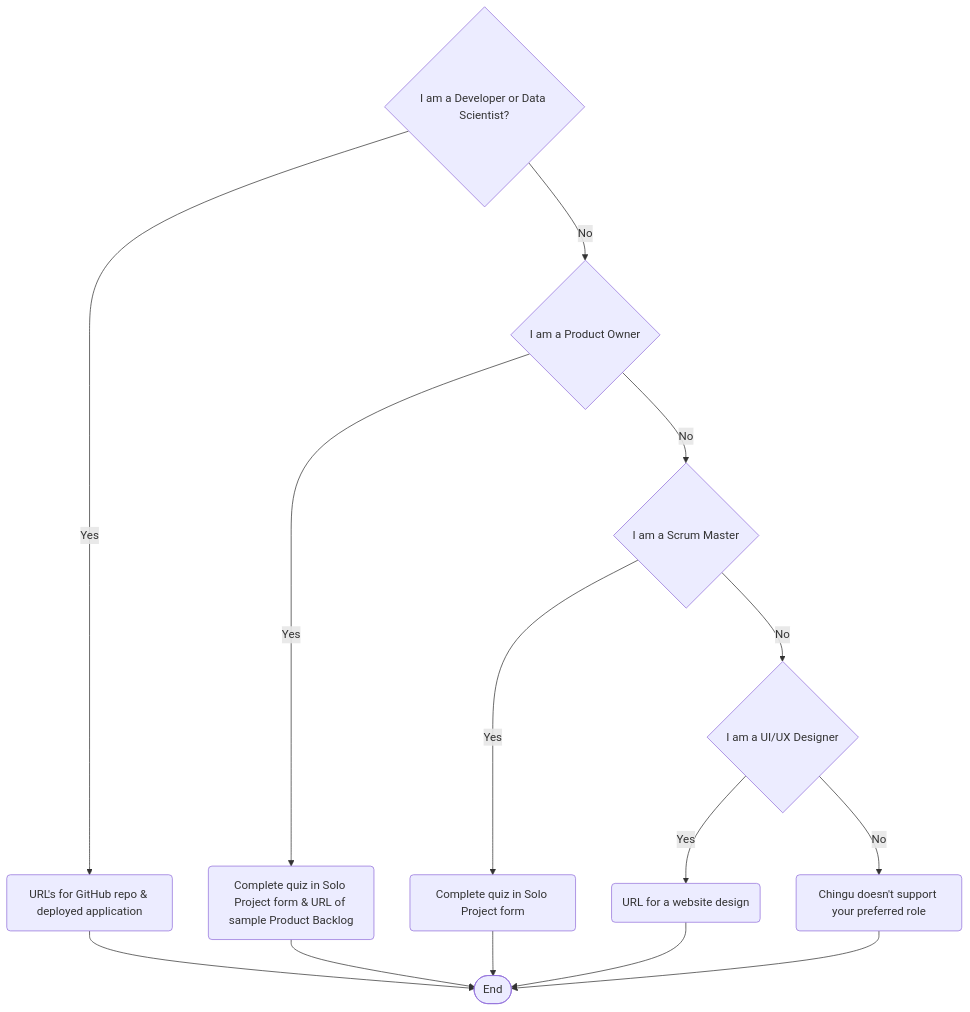
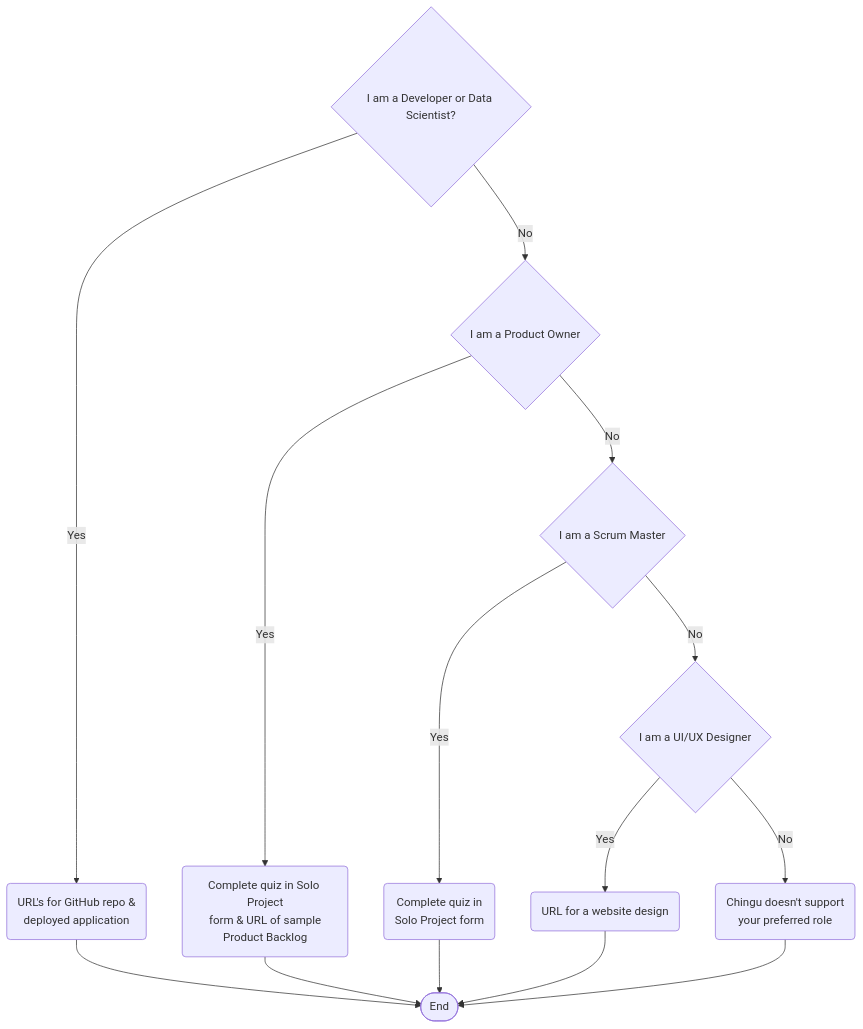
Before and after one commit to chingu-voyages/Handbook: the second of 2 diagrams in docs/guides/soloproject/soloproject.md, drawn with Mermaid.

Commit message:
Fix: Add line breaks to artifact diagram

````diff
--- a/docs/guides/soloproject/soloproject.md
+++ b/docs/guides/soloproject/soloproject.md
@@ -68,17 +68,17 @@
 ```mermaid
 graph TB
     A{I am a Developer or Data Scientist?};
-    A -- Yes --> B(URL's for GitHub repo & deployed application);
+    A -- Yes --> B(URL's for GitHub repo &</br>deployed application);
     A -- No --> C{I am a Product Owner};
-    C -- Yes --> D(Complete quiz in Solo Project form & URL of sample Product Backlog);
+    C -- Yes --> D(Complete quiz in Solo Project</br>form & URL of sample</br>Product Backlog);
     C -- No --> E{I am a Scrum Master};
-    E -- Yes --> F(Complete quiz in Solo Project form);
+    E -- Yes --> F(Complete quiz in</br>Solo Project form);
     E -- No --> G{I am a UI/UX Designer};
     G -- Yes --> H(URL for a website design);
-    G -- No --> I(Chingu doesn't support your preferred role);
+    G -- No --> I(Chingu doesn't support</br>your preferred role);
     B --> Z([End]);
     D --> Z;
     F --> Z;
     H --> Z;
     I --> Z;
 ```
````
